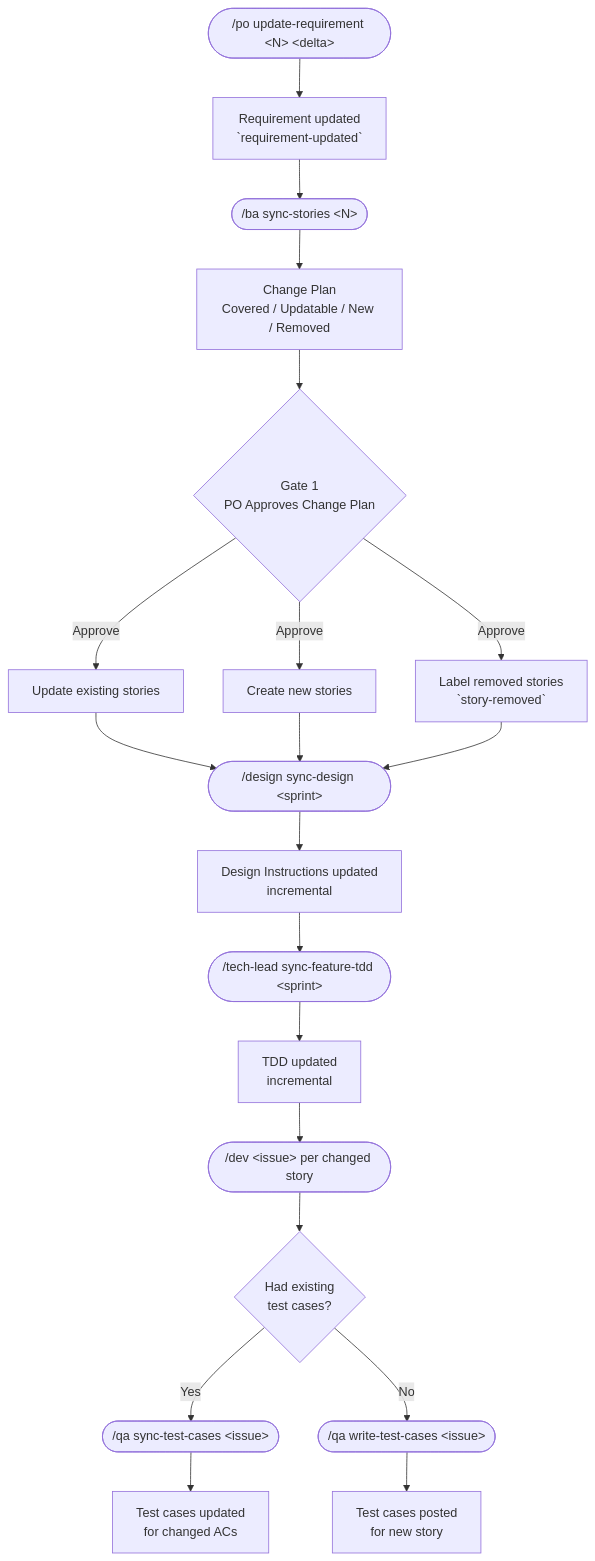
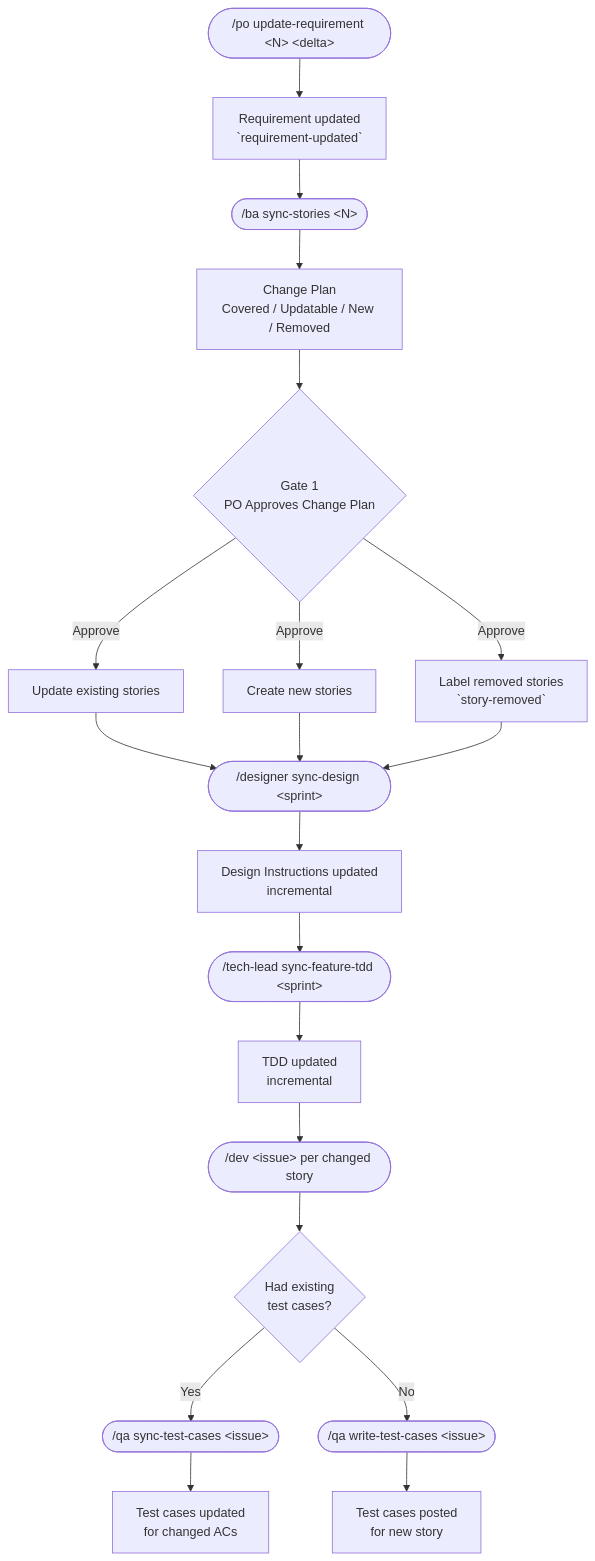
Before and after one commit to simpscal/notism: the third of 4 diagrams in README.md, drawn with Mermaid. The commit also changed other lines of this file and 6 other files, not shown here.

First line of the commit message:
refactor(commands): rename design command to designer

````diff
--- a/README.md
+++ b/README.md
@@ -106,20 +106,20 @@
 ```mermaid
 flowchart TD
     A(["/po update-requirement &lt;N&gt; &lt;delta&gt;"]) --> B["Requirement updated\n`requirement-updated`"]
     B --> C(["/ba sync-stories &lt;N&gt;"])
     C --> D["Change Plan\nCovered / Updatable / New / Removed"]
     D --> G1{Gate 1\nPO Approves Change Plan}
     G1 -->|Approve| E1["Update existing stories"]
     G1 -->|Approve| E2["Create new stories"]
     G1 -->|Approve| E3["Label removed stories\n`story-removed`"]
-    E1 & E2 & E3 --> F1(["/design sync-design &lt;sprint&gt;"])
+    E1 & E2 & E3 --> F1(["/designer sync-design &lt;sprint&gt;"])
     F1 --> F2["Design Instructions updated\nincremental"]
     F2 --> F3(["/tech-lead sync-feature-tdd &lt;sprint&gt;"])
     F3 --> F4["TDD updated\nincremental"]
     F4 --> H(["/dev &lt;issue&gt; per changed story"])
     H --> QA{Had existing\ntest cases?}
     QA -->|Yes| QAS(["/qa sync-test-cases &lt;issue&gt;"])
     QA -->|No| QAW(["/qa write-test-cases &lt;issue&gt;"])
     QAS --> QARE["Test cases updated\nfor changed ACs"]
     QAW --> QANEW["Test cases posted\nfor new story"]
 ```
````
